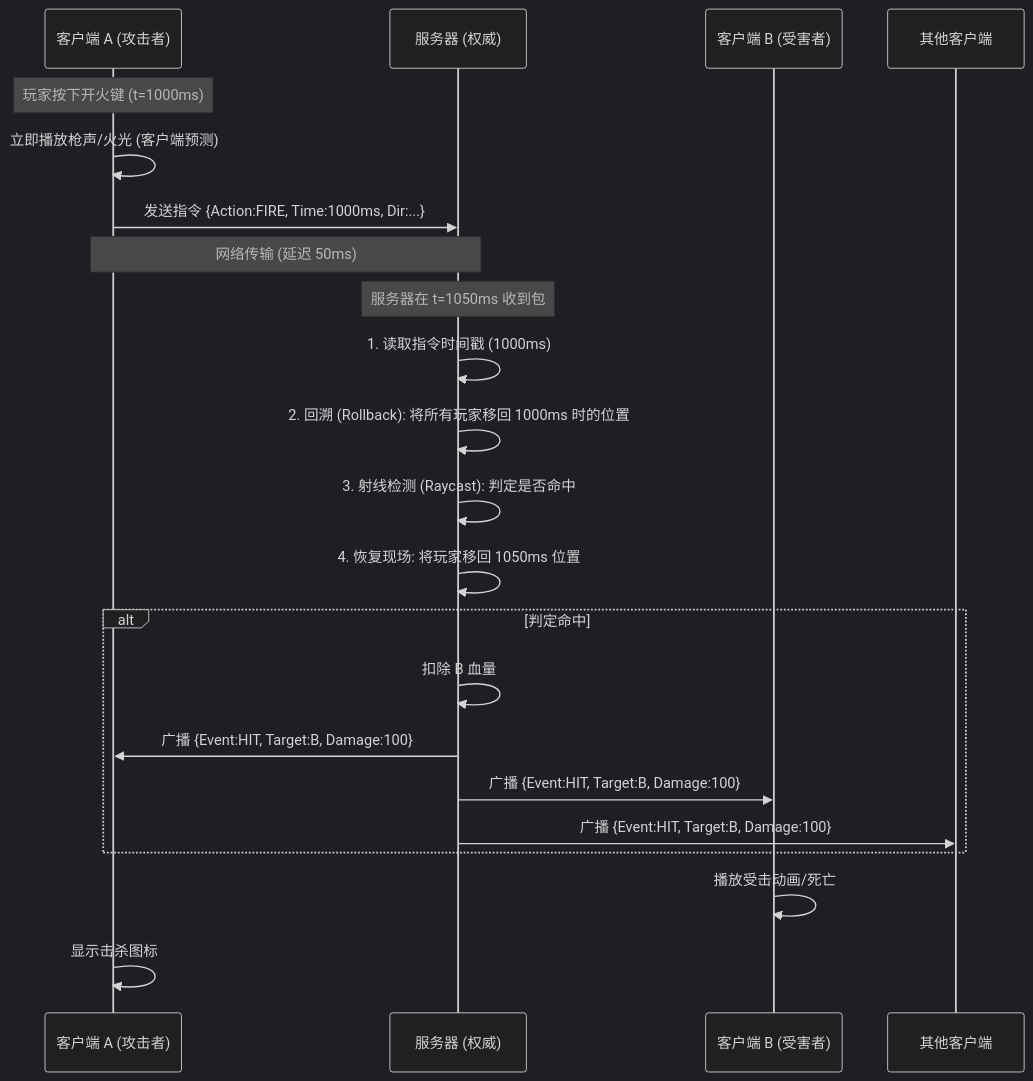
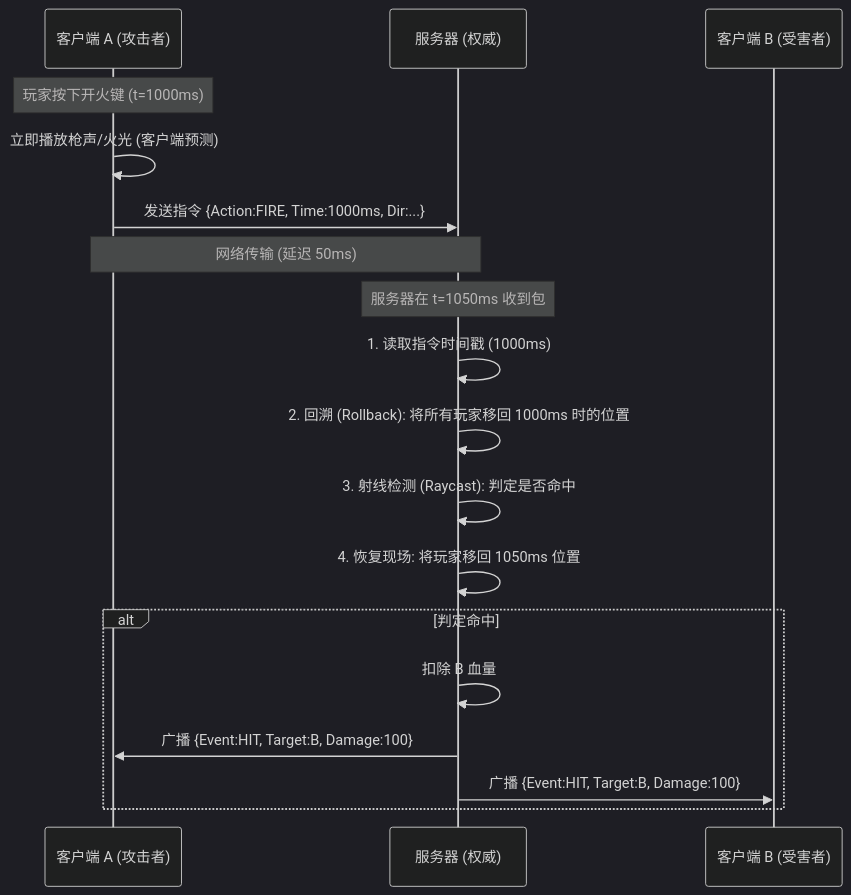
Before and after one commit to zhy2658/cpp-server: the diagram in docs/damage_calculation.md, drawn with Mermaid (dark theme). The commit also changed other lines of this file and 11 other files, not shown here.

````diff
--- a/docs/damage_calculation.md
+++ b/docs/damage_calculation.md
@@ -11,29 +60,24 @@
 ```mermaid
 sequenceDiagram
     participant A as 客户端 A (攻击者)
     participant S as 服务器 (权威)
     participant B as 客户端 B (受害者)
-    participant O as 其他客户端
 
     Note over A: 玩家按下开火键 (t=1000ms)
     A->>A: 立即播放枪声/火光 (客户端预测)
     A->>S: 发送指令 {Action:FIRE, Time:1000ms, Dir:...}
     
     Note over A,S: 网络传输 (延迟 50ms)
     
     Note over S: 服务器在 t=1050ms 收到包
     S->>S: 1. 读取指令时间戳 (1000ms)
     S->>S: 2. 回溯 (Rollback): 将所有玩家移回 1000ms 时的位置
     S->>S: 3. 射线检测 (Raycast): 判定是否命中
     S->>S: 4. 恢复现场: 将玩家移回 1050ms 位置
     
     alt 判定命中
         S->>S: 扣除 B 血量
         S->>A: 广播 {Event:HIT, Target:B, Damage:100}
         S->>B: 广播 {Event:HIT, Target:B, Damage:100}
-        S->>O: 广播 {Event:HIT, Target:B, Damage:100}
     end
-
-    B->>B: 播放受击动画/死亡
-    A->>A: 显示击杀图标
 ```
````
